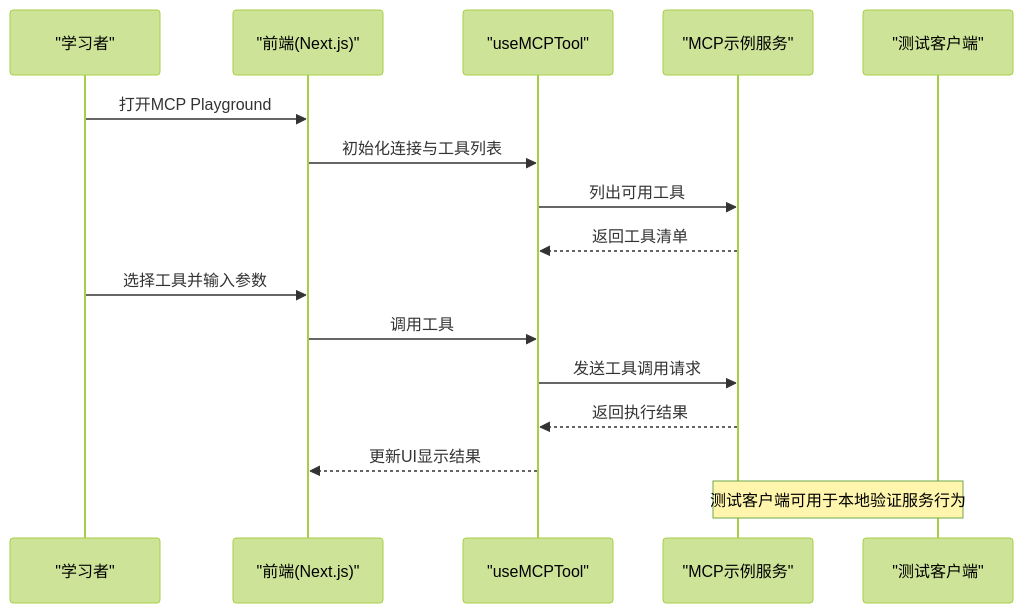
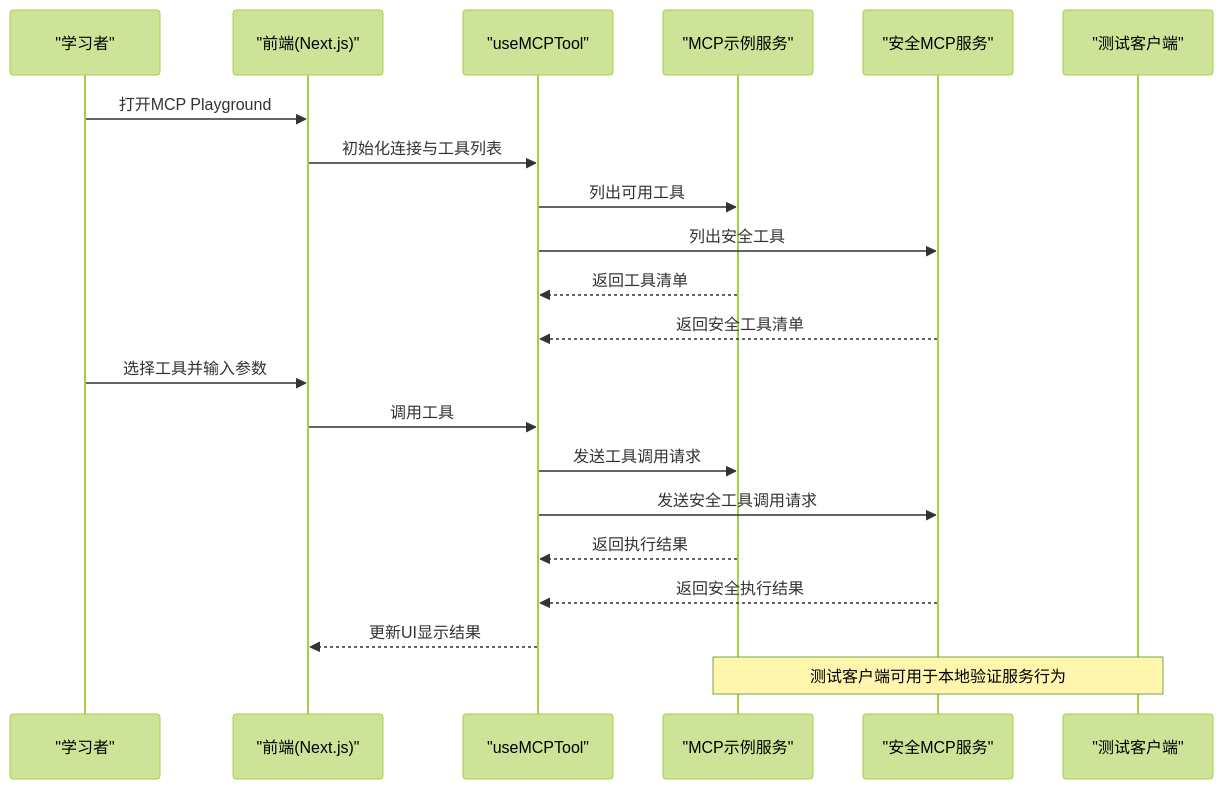
Before and after one commit to Leslie-Chuan/classic-example: the second of 7 diagrams in .qoder/repowiki/zh/content/项目概览.md, drawn with Mermaid (forest theme). The commit also changed other lines of this file and 49 other files, not shown here.

````diff
--- a/.qoder/repowiki/zh/content/项目概览.md
+++ b/.qoder/repowiki/zh/content/项目概览.md
@@ -154,18 +172,23 @@
 ```mermaid
 sequenceDiagram
 participant U as "学习者"
 participant FE as "前端(Next.js)"
 participant Hook as "useMCPTool"
 participant Srv as "MCP示例服务"
+participant SecSrv as "安全MCP服务"
 participant CL as "测试客户端"
 U->>FE : 打开MCP Playground
 FE->>Hook : 初始化连接与工具列表
 Hook->>Srv : 列出可用工具
+Hook->>SecSrv : 列出安全工具
 Srv-->>Hook : 返回工具清单
+SecSrv-->>Hook : 返回安全工具清单
 U->>FE : 选择工具并输入参数
 FE->>Hook : 调用工具
 Hook->>Srv : 发送工具调用请求
+Hook->>SecSrv : 发送安全工具调用请求
 Srv-->>Hook : 返回执行结果
+SecSrv-->>Hook : 返回安全执行结果
 Hook-->>FE : 更新UI显示结果
 Note over CL,Srv : 测试客户端可用于本地验证服务行为
 ```
````
